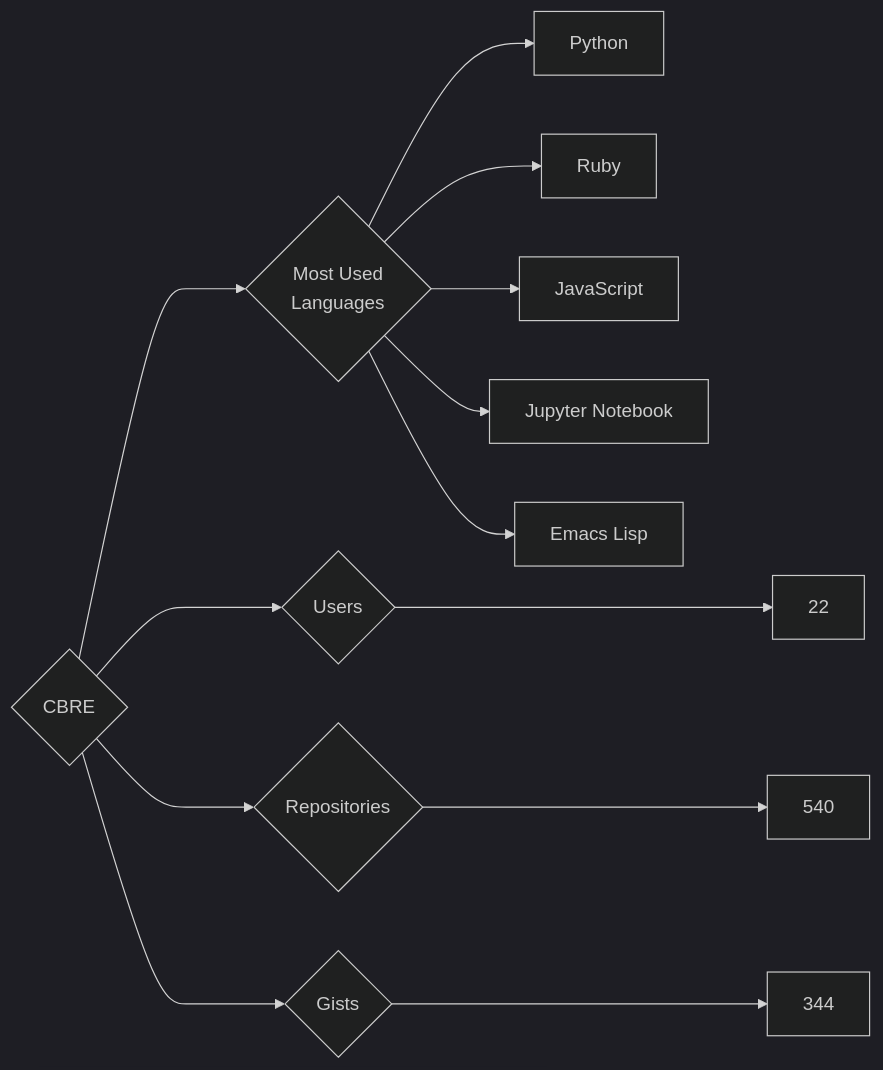
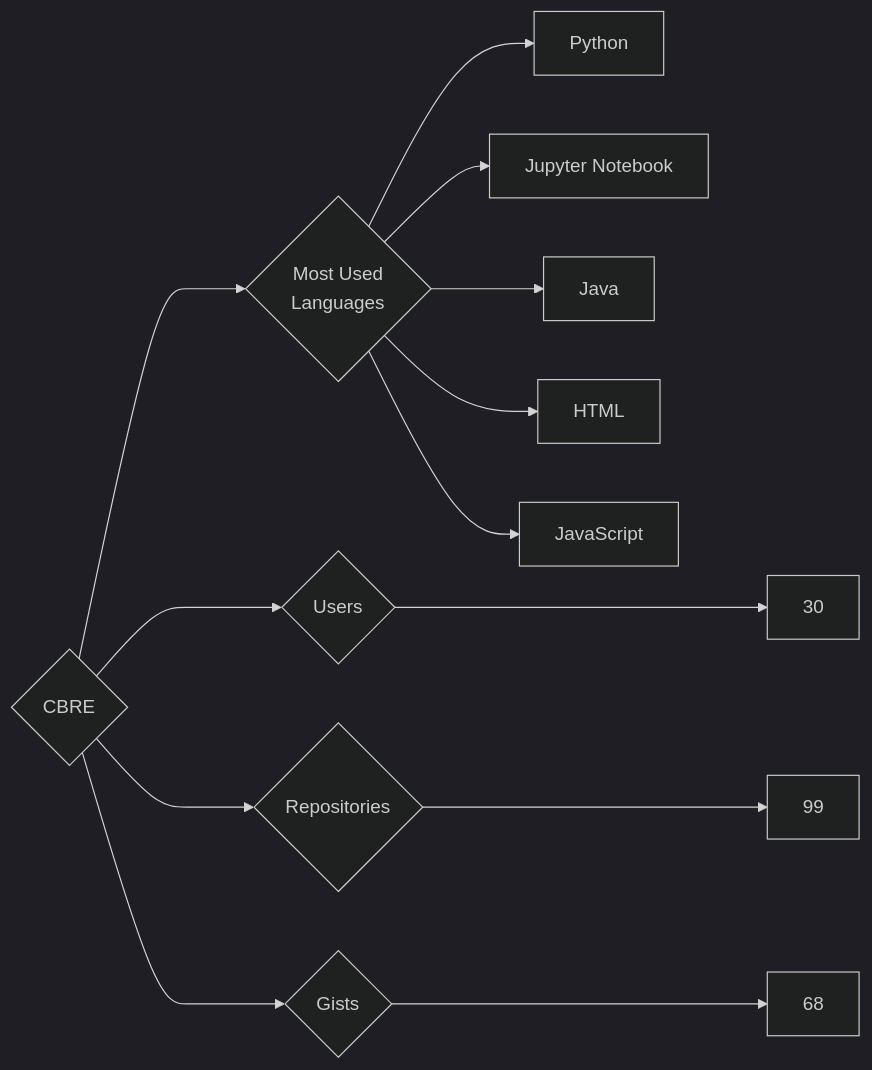
The diagram in targets/CBRE/README.md (trickest/insiders), drawn with Mermaid (dark theme) before and after one commit. The commit also changed 757 other files, not shown here.

````diff
--- a/targets/CBRE/README.md
+++ b/targets/CBRE/README.md
@@ -3,13 +3,13 @@
 ```mermaid
 graph LR
 COMPANY_NAME{CBRE}
-COMPANY_NAME ---> U{Users} ---> UN[22]
-COMPANY_NAME ---> R{Repositories} ---> RN[540]
-COMPANY_NAME ---> G{Gists} ---> GN[344]
+COMPANY_NAME ---> U{Users} ---> UN[30]
+COMPANY_NAME ---> R{Repositories} ---> RN[99]
+COMPANY_NAME ---> G{Gists} ---> GN[68]
 COMPANY_NAME ---> ML{Most Used<br>Languages}
 ML --> Python[Python]
-ML --> Ruby[Ruby]
+ML --> Jupyter_Notebook[Jupyter Notebook]
+ML --> Java[Java]
+ML --> HTML[HTML]
 ML --> JavaScript[JavaScript]
-ML --> Jupyter_Notebook[Jupyter Notebook]
-ML --> Emacs_Lisp[Emacs Lisp]
 ```
````
